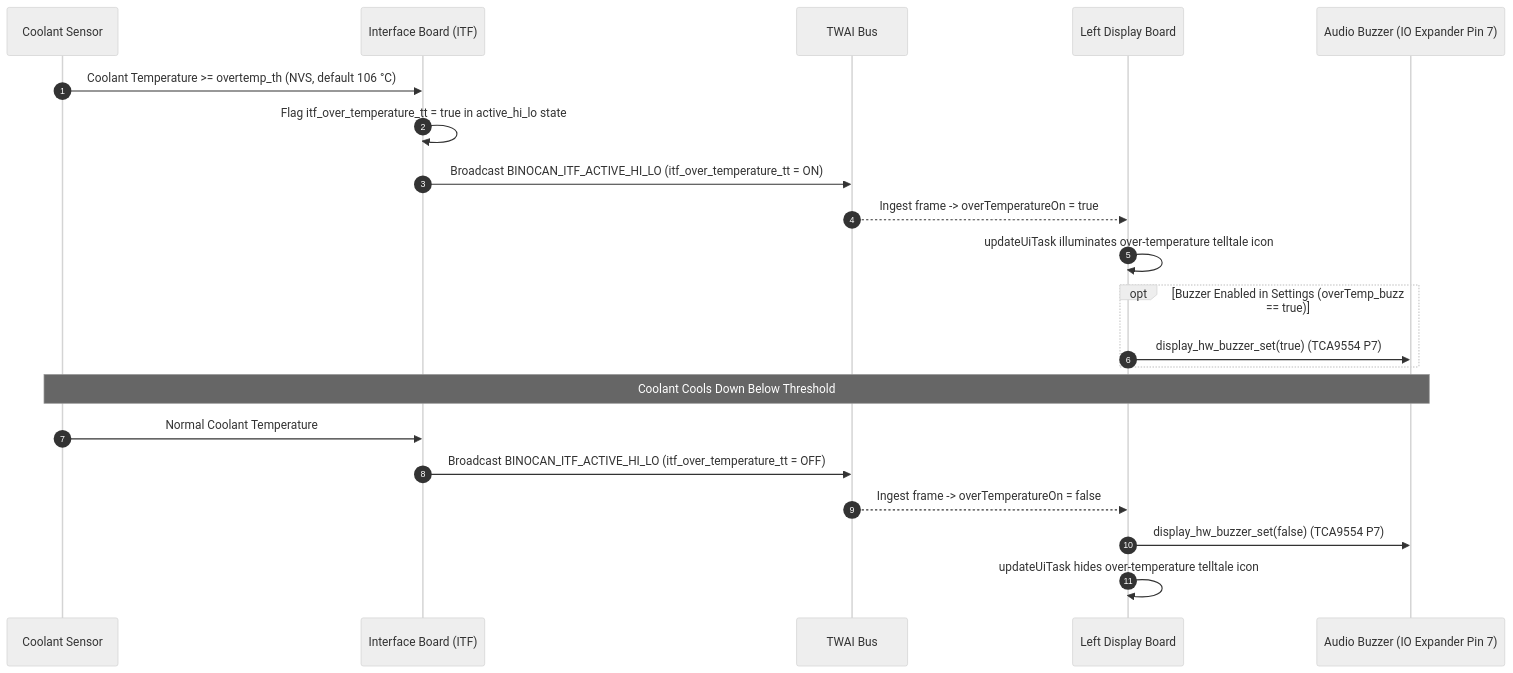
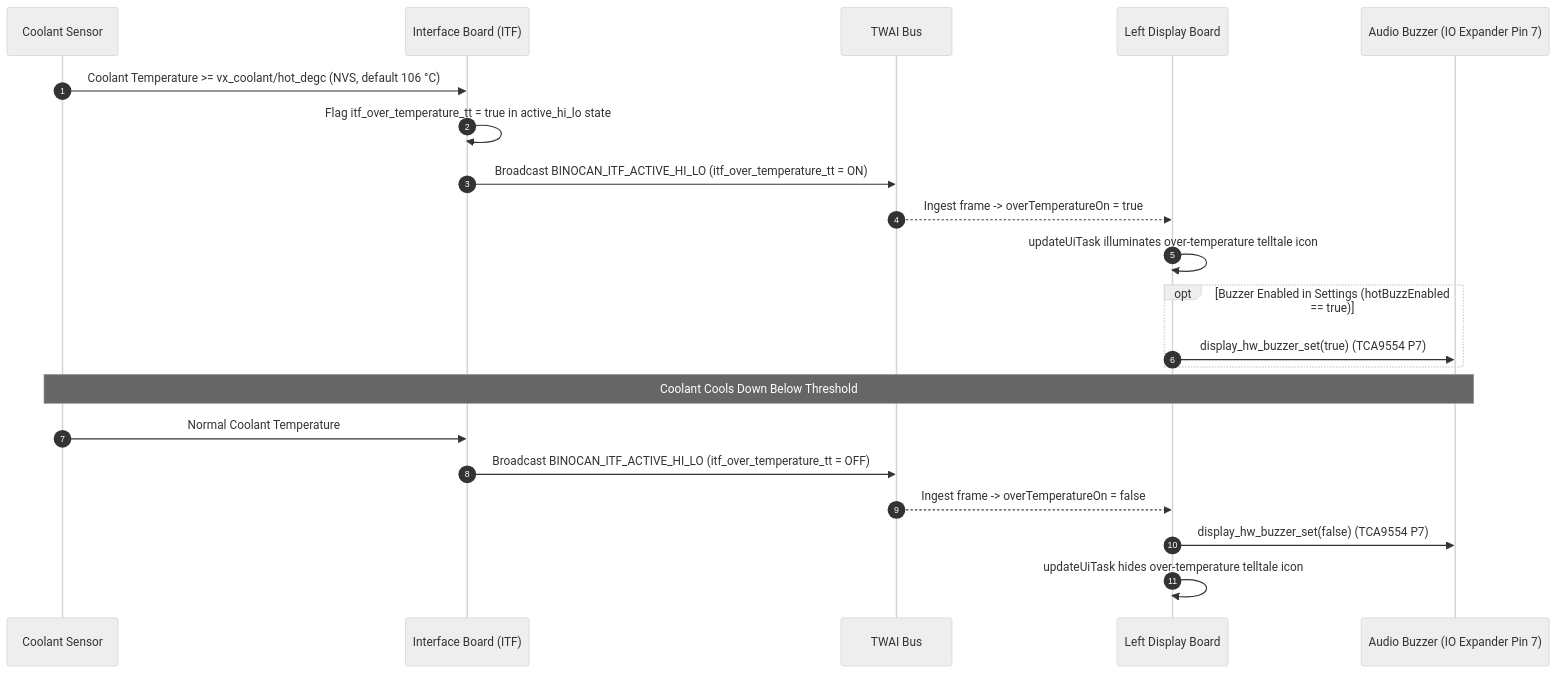
The third of 5 diagrams in docs/SCENARIOS.md (martinroger/vx-binocle-espidf), drawn with Mermaid (neutral theme) before and after one commit. The commit also changed other lines of this file and 11 other files, not shown here.

First line of the commit message:
docs: follow the vx_* NVS layout and fix the OTA progress schema

````diff
--- a/docs/SCENARIOS.md
+++ b/docs/SCENARIOS.md
@@ -81,26 +81,26 @@
 ```mermaid
 sequenceDiagram
     autonumber
     participant SENS as Coolant Sensor
     participant ITF as Interface Board (ITF)
     participant CAN as TWAI Bus
     participant LDB as Left Display Board
     participant BUZZ as Audio Buzzer (IO Expander Pin 7)
 
-    SENS->>ITF: Coolant Temperature >= overtemp_th (NVS, default 106 °C)
+    SENS->>ITF: Coolant Temperature >= vx_coolant/hot_degc (NVS, default 106 °C)
     ITF->>ITF: Flag itf_over_temperature_tt = true in active_hi_lo state
     ITF->>CAN: Broadcast BINOCAN_ITF_ACTIVE_HI_LO (itf_over_temperature_tt = ON)
     CAN-->>LDB: Ingest frame -> overTemperatureOn = true
     
     LDB->>LDB: updateUiTask illuminates over-temperature telltale icon
-    opt Buzzer Enabled in Settings (overTemp_buzz == true)
+    opt Buzzer Enabled in Settings (hotBuzzEnabled == true)
         LDB->>BUZZ: display_hw_buzzer_set(true) (TCA9554 P7)
     end
     
     Note over SENS, BUZZ: Coolant Cools Down Below Threshold
     SENS->>ITF: Normal Coolant Temperature
     ITF->>CAN: Broadcast BINOCAN_ITF_ACTIVE_HI_LO (itf_over_temperature_tt = OFF)
     CAN-->>LDB: Ingest frame -> overTemperatureOn = false
     LDB->>BUZZ: display_hw_buzzer_set(false) (TCA9554 P7)
     LDB->>LDB: updateUiTask hides over-temperature telltale icon
 ```
````
